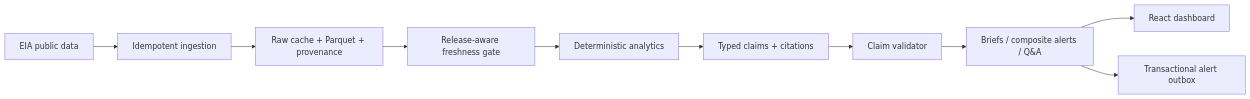
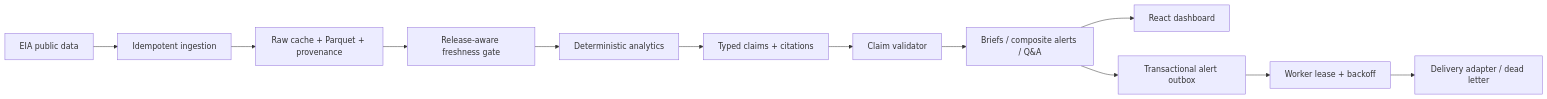
The diagram in README.md (Svyable/oil-signal), drawn with Mermaid before and after one commit. The commit also changed other lines of this file and 2 other files, not shown here.

Commit message:
docs: document worker operations and source verification

````diff
--- a/README.md
+++ b/README.md
@@ -13,12 +13,14 @@
 ```mermaid
 flowchart LR
     EIA[EIA public data] --> ING[Idempotent ingestion]
     ING --> STORE[Raw cache + Parquet + provenance]
     STORE --> FRESH[Release-aware freshness gate]
     FRESH --> CALC[Deterministic analytics]
     CALC --> CLAIM[Typed claims + citations]
     CLAIM --> GATE[Claim validator]
     GATE --> BRIEF[Briefs / composite alerts / Q&A]
     BRIEF --> UI[React dashboard]
     BRIEF --> OUTBOX[Transactional alert outbox]
+    OUTBOX --> LEASE[Worker lease + backoff]
+    LEASE --> ADAPTER[Delivery adapter / dead letter]
 ```
````
